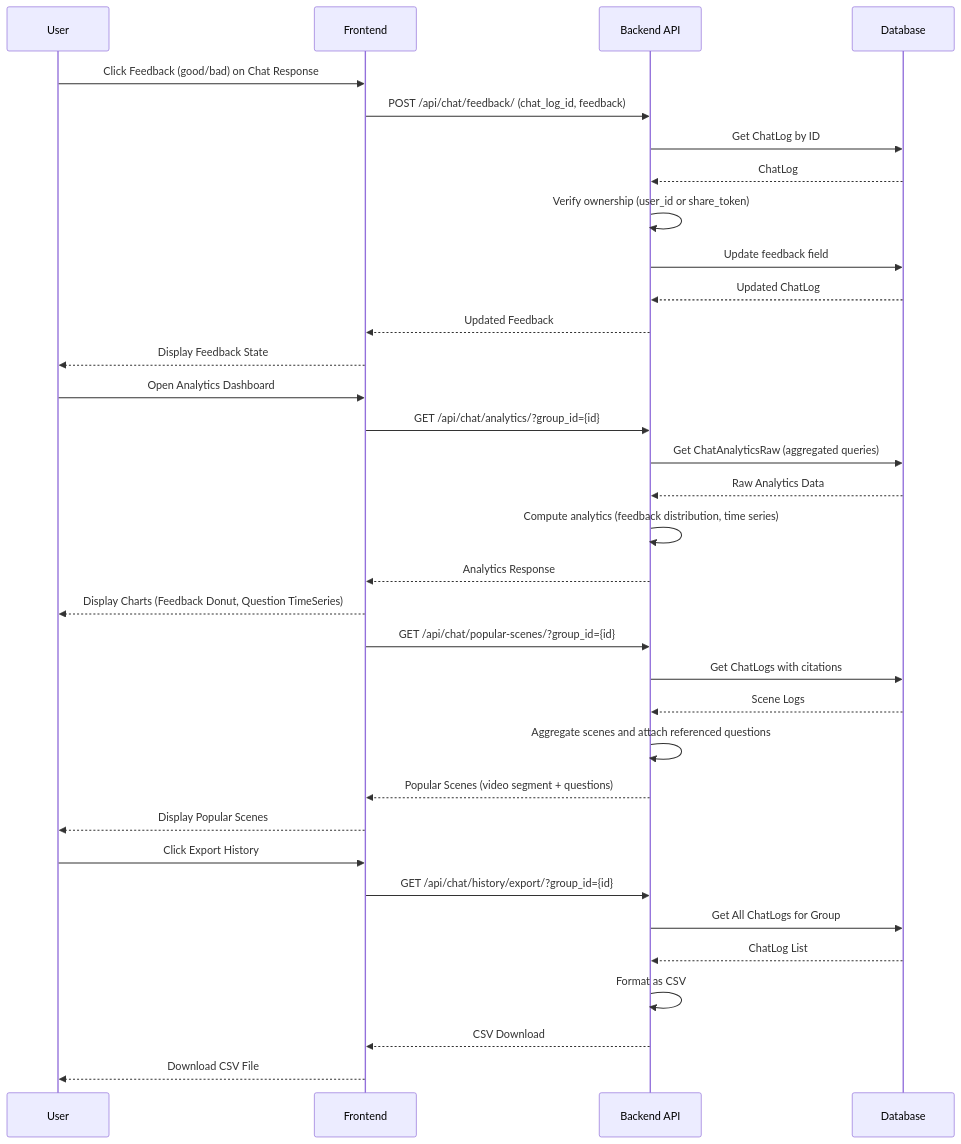
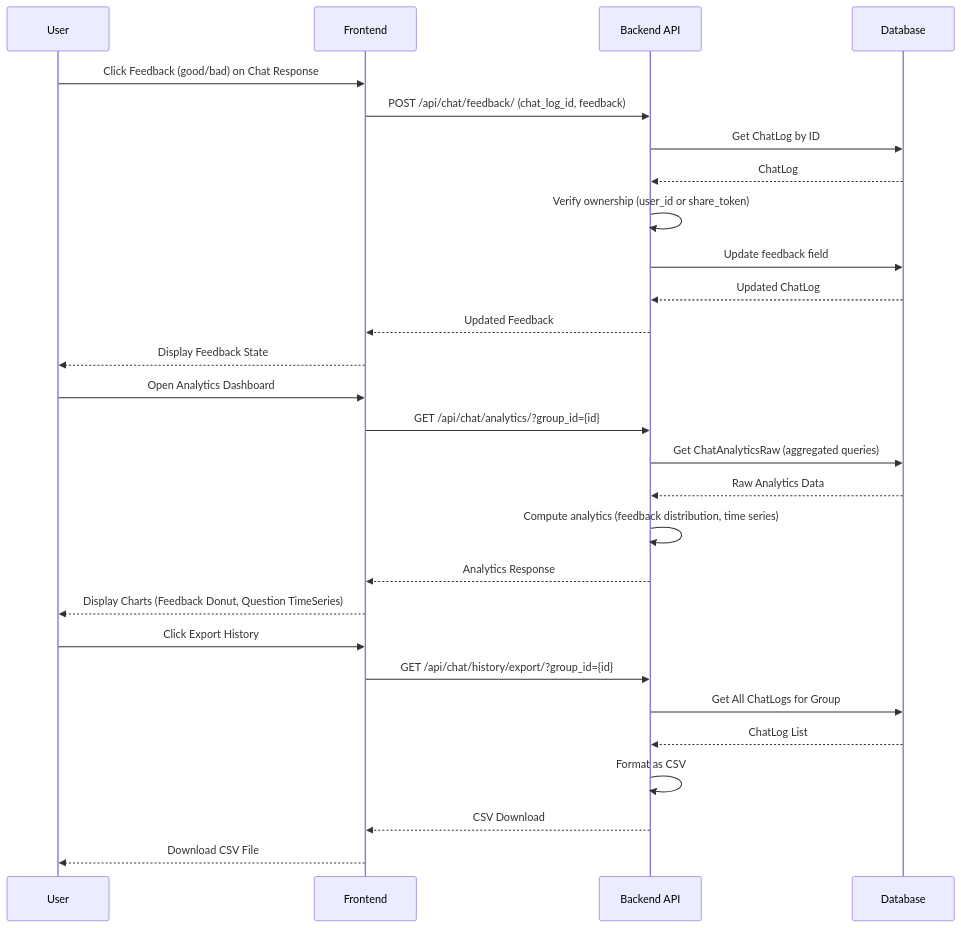
One commit to yukiharada1228/videoq changed diagram 11 of 11 in docs/design/sequence-diagram.md. Above: the diagram before and after it, drawn with Mermaid. The commit also changed 25 other files, not shown here.

````diff
--- a/docs/design/sequence-diagram.md
+++ b/docs/design/sequence-diagram.md
@@ -391,44 +391,36 @@
 ```mermaid
 sequenceDiagram
     participant User as User
     participant Frontend as Frontend
     participant Backend as Backend API
     participant DB as Database
 
     %% Submit Feedback
     User->>Frontend: Click Feedback (good/bad) on Chat Response
     Frontend->>Backend: POST /api/chat/feedback/ (chat_log_id, feedback)
     Backend->>DB: Get ChatLog by ID
     DB-->>Backend: ChatLog
     Backend->>Backend: Verify ownership (user_id or share_token)
     Backend->>DB: Update feedback field
     DB-->>Backend: Updated ChatLog
     Backend-->>Frontend: Updated Feedback
     Frontend-->>User: Display Feedback State
 
     %% View Analytics
     User->>Frontend: Open Analytics Dashboard
     Frontend->>Backend: GET /api/chat/analytics/?group_id={id}
     Backend->>DB: Get ChatAnalyticsRaw (aggregated queries)
     DB-->>Backend: Raw Analytics Data
     Backend->>Backend: Compute analytics (feedback distribution, time series)
     Backend-->>Frontend: Analytics Response
     Frontend-->>User: Display Charts (Feedback Donut, Question TimeSeries)
 
-    %% View Popular Scenes
-    Frontend->>Backend: GET /api/chat/popular-scenes/?group_id={id}
-    Backend->>DB: Get ChatLogs with citations
-    DB-->>Backend: Scene Logs
-    Backend->>Backend: Aggregate scenes and attach referenced questions
-    Backend-->>Frontend: Popular Scenes (video segment + questions)
-    Frontend-->>User: Display Popular Scenes
-
     %% Export History
     User->>Frontend: Click Export History
     Frontend->>Backend: GET /api/chat/history/export/?group_id={id}
     Backend->>DB: Get All ChatLogs for Group
     DB-->>Backend: ChatLog List
     Backend->>Backend: Format as CSV
     Backend-->>Frontend: CSV Download
     Frontend-->>User: Download CSV File
 ```
````
